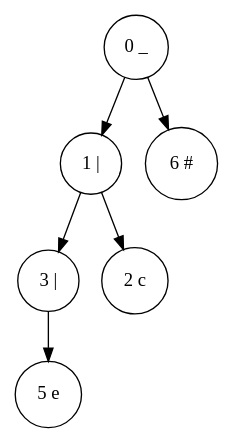
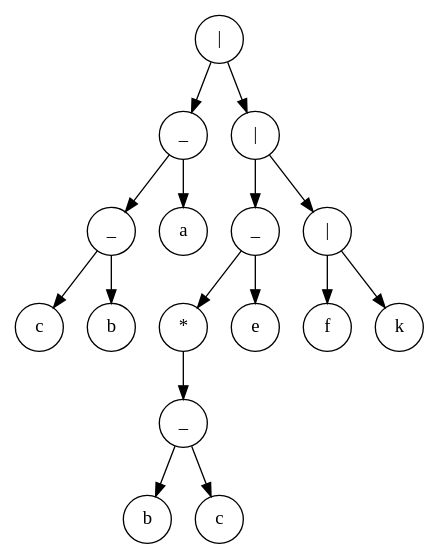
One commit to x6x4/LAB2_URGENCY changed the diagram in tree_output.dot. Above: the diagram before and after it, drawn with Graphviz. The commit also changed 5 other files, not shown here.

```diff
--- a/tree_output.dot
+++ b/tree_output.dot
@@ -1,14 +1,34 @@
 digraph Tree {
 node [shape=circle];
-94270519672496 [label="0 _"];
-94270519672496 -> 94270519672544;
-94270519672544 [label="1 |"];
-94270519672544 -> 94270519672640;
-94270519672640 [label="3 |"];
-94270519672640 -> 94270519672736;
-94270519672736 [label="5 e"];
-94270519672544 -> 94270519672592;
-94270519672592 [label="2 c"];
-94270519672496 -> 94270519672784;
-94270519672784 [label="6 #"];
+94876466181328 [label="|"];
+94876466181328 -> 94876466180976;
+94876466180976 [label="_"];
+94876466180976 -> 94876466180912;
+94876466180912 [label="_"];
+94876466180912 -> 94876466180848;
+94876466180848 [label="c"];
+94876466180912 -> 94876466180880;
+94876466180880 [label="b"];
+94876466180976 -> 94876466180944;
+94876466180944 [label="a"];
+94876466181328 -> 94876466181296;
+94876466181296 [label="|"];
+94876466181296 -> 94876466181168;
+94876466181168 [label="_"];
+94876466181168 -> 94876466181104;
+94876466181104 [label="*"];
+94876466181104 -> 94876466181072;
+94876466181072 [label="_"];
+94876466181072 -> 94876466181008;
+94876466181008 [label="b"];
+94876466181072 -> 94876466181040;
+94876466181040 [label="c"];
+94876466181168 -> 94876466181136;
+94876466181136 [label="e"];
+94876466181296 -> 94876466181264;
+94876466181264 [label="|"];
+94876466181264 -> 94876466181200;
+94876466181200 [label="f"];
+94876466181264 -> 94876466181232;
+94876466181232 [label="k"];
 }
```
